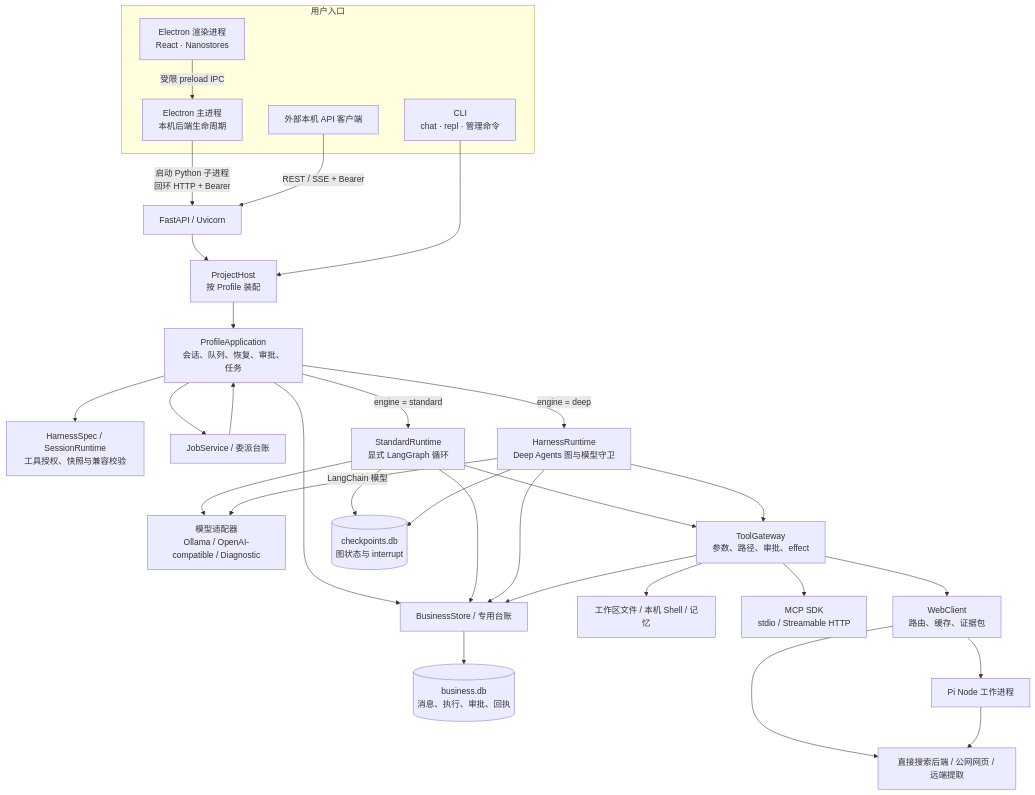
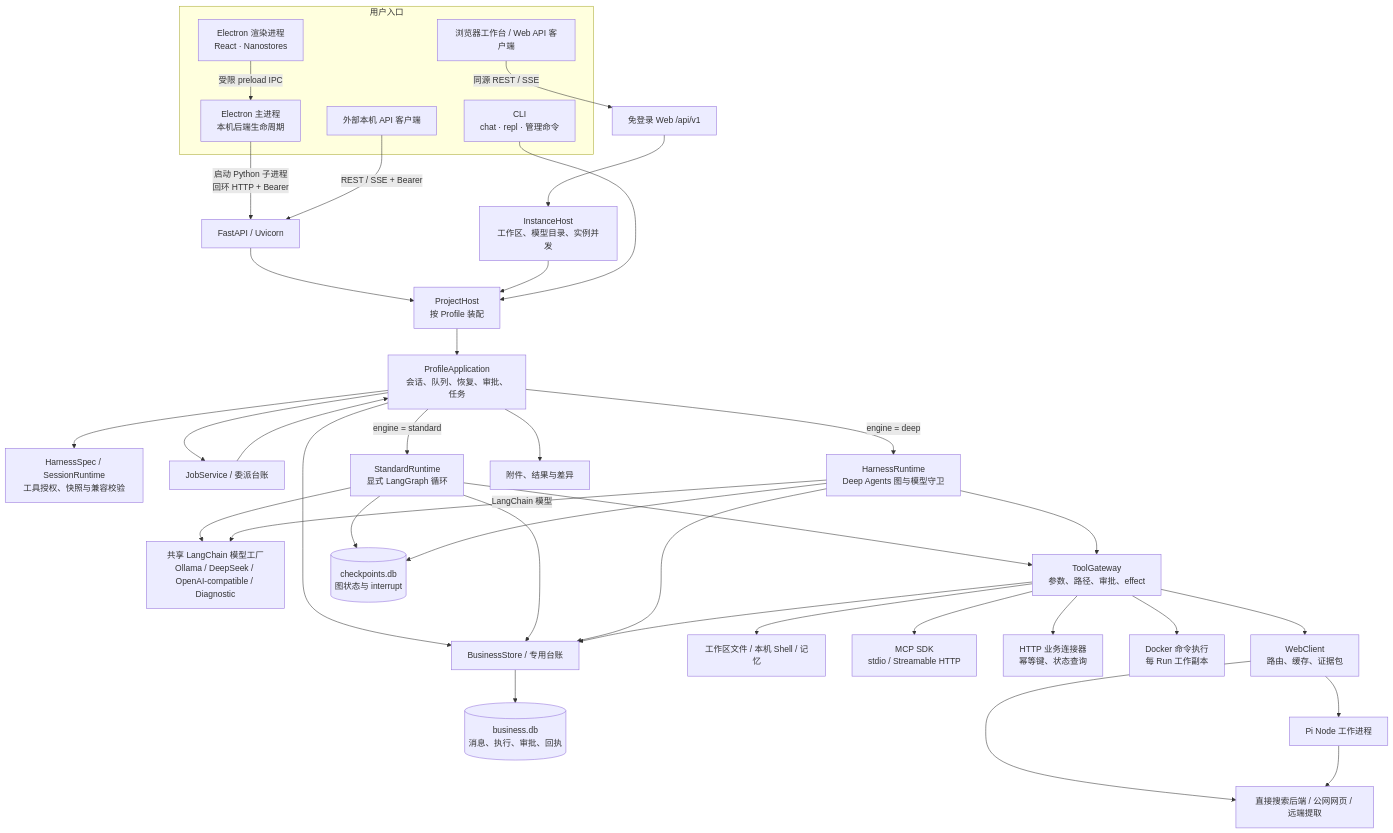
The first of 3 diagrams in ARCHITECTURE.md (haiyangchina/deep-harness), drawn with Mermaid before and after one commit. The commit also changed other lines of this file and 51 other files, not shown here.

````diff
--- a/ARCHITECTURE.md
+++ b/ARCHITECTURE.md
@@ -11,37 +13,44 @@
 ```mermaid
 flowchart TB
     subgraph Clients["用户入口"]
         UI["Electron 渲染进程<br/>React · Nanostores"]
         Main["Electron 主进程<br/>本机后端生命周期"]
         CLI["CLI<br/>chat · repl · 管理命令"]
         REST["外部本机 API 客户端"]
+        Browser["浏览器工作台 / Web API 客户端"]
         UI -->|"受限 preload IPC"| Main
     end
     Main -->|"启动 Python 子进程<br/>回环 HTTP + Bearer"| API
     REST -->|"REST / SSE + Bearer"| API
     API["FastAPI / Uvicorn"] --> Host
+    Browser -->|"同源 REST / SSE"| WebAPI["免登录 Web /api/v1"]
+    WebAPI --> Instance["InstanceHost<br/>工作区、模型目录、实例并发"]
+    Instance --> Host
     CLI --> Host["ProjectHost<br/>按 Profile 装配"]
     Host --> App["ProfileApplication<br/>会话、队列、恢复、审批、任务"]
     App --> Spec["HarnessSpec / SessionRuntime<br/>工具授权、快照与兼容校验"]
     App --> Jobs["JobService / 委派台账"]
     Jobs --> App
     App -->|"engine = standard"| Std["StandardRuntime<br/>显式 LangGraph 循环"]
     App -->|"engine = deep"| Deep["HarnessRuntime<br/>Deep Agents 图与模型守卫"]
-    Std --> Model["模型适配器<br/>Ollama / OpenAI-compatible / Diagnostic"]
+    Std --> Model["共享 LangChain 模型工厂<br/>Ollama / DeepSeek / OpenAI-compatible / Diagnostic"]
     Deep -->|"LangChain 模型"| Model
     Std --> Gateway["ToolGateway<br/>参数、路径、审批、effect"]
     Deep --> Gateway
     Std --> Checkpoint[("checkpoints.db<br/>图状态与 interrupt")]
     Deep --> Checkpoint
     App --> Ledger["BusinessStore / 专用台账"]
     Std --> Ledger
     Deep --> Ledger
     Gateway --> Ledger
     Ledger --> Business[("business.db<br/>消息、执行、审批、回执")]
     Gateway --> Local["工作区文件 / 本机 Shell / 记忆"]
     Gateway --> MCP["MCP SDK<br/>stdio / Streamable HTTP"]
+    Gateway --> HTTP["HTTP 业务连接器<br/>幂等键、状态查询"]
+    Gateway --> Docker["Docker 命令执行<br/>每 Run 工作副本"]
+    App --> Artifacts["附件、结果与差异"]
     Gateway --> Web["WebClient<br/>路由、缓存、证据包"]
     Web --> Worker["Pi Node 工作进程"]
     Web --> Providers["直接搜索后端 / 公网网页 / 远端提取"]
     Worker --> Providers
 ```
````
